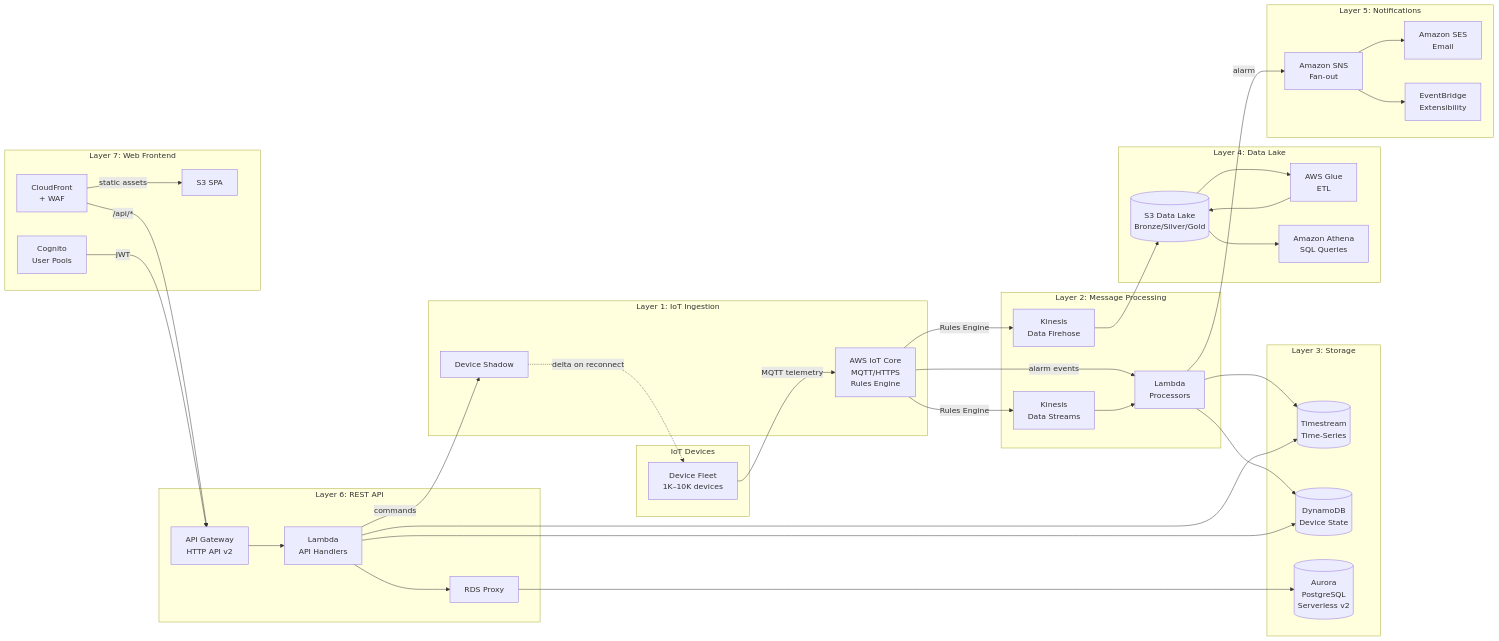
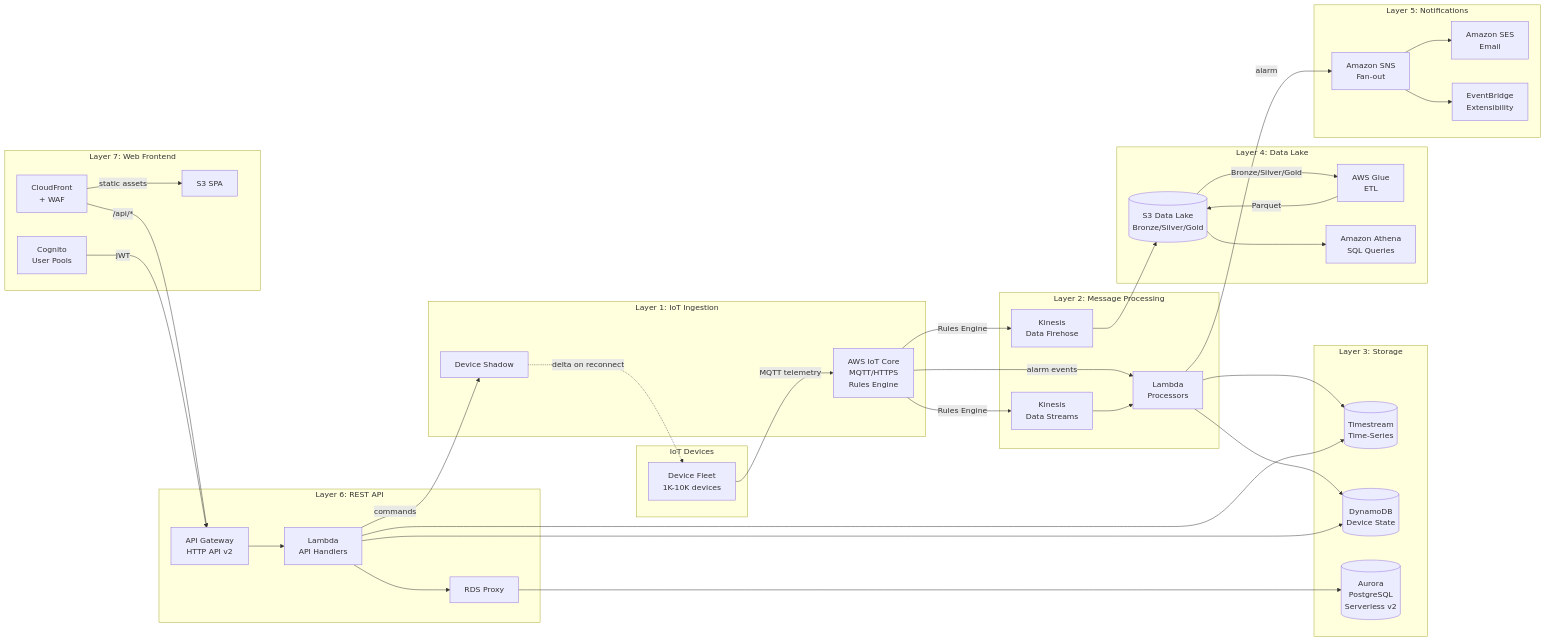
One commit to aldorea/ikerland-data changed the first of 4 diagrams in docs/architecture/10-overview-and-sequences.md. Above: the diagram before and after it, drawn with Mermaid. The commit also changed other lines of this file and 9 other files, not shown here.

First line of the commit message:
fix(docs): fix Mermaid rendering issues across all architecture diagrams

````diff
--- a/docs/architecture/10-overview-and-sequences.md
+++ b/docs/architecture/10-overview-and-sequences.md
@@ -9,70 +9,71 @@
 ```mermaid
 flowchart LR
     subgraph DEVICES["IoT Devices"]
-        DEV["Device Fleet\n1K–10K devices"]
+        DEV["Device Fleet\n1K-10K devices"]
     end
 
     subgraph INGESTION["Layer 1: IoT Ingestion"]
         IOT["AWS IoT Core\nMQTT/HTTPS\nRules Engine"]
         SHADOW["Device Shadow"]
     end
 
     subgraph PROCESSING["Layer 2: Message Processing"]
         KDS["Kinesis\nData Streams"]
         KDF["Kinesis\nData Firehose"]
         LAM_PROC["Lambda\nProcessors"]
     end
 
     subgraph STORAGE["Layer 3: Storage"]
         TS[("Timestream\nTime-Series")]
         DDB[("DynamoDB\nDevice State")]
         AUR[("Aurora\nPostgreSQL\nServerless v2")]
     end
 
     subgraph DATALAKE["Layer 4: Data Lake"]
         S3[("S3 Data Lake\nBronze/Silver/Gold")]
         GLUE["AWS Glue\nETL"]
         ATHENA["Amazon Athena\nSQL Queries"]
     end
 
     subgraph NOTIFICATIONS["Layer 5: Notifications"]
         SNS["Amazon SNS\nFan-out"]
         SES["Amazon SES\nEmail"]
         EB["EventBridge\nExtensibility"]
     end
 
     subgraph API["Layer 6: REST API"]
         APIGW["API Gateway\nHTTP API v2"]
         LAM_API["Lambda\nAPI Handlers"]
         PROXY["RDS Proxy"]
     end
 
     subgraph FRONTEND["Layer 7: Web Frontend"]
         CF["CloudFront\n+ WAF"]
         S3SPA["S3 SPA"]
         COG["Cognito\nUser Pools"]
     end
 
     DEV -->|"MQTT telemetry"| IOT
     IOT -->|"Rules Engine"| KDS
     IOT -->|"Rules Engine"| KDF
     IOT -->|"alarm events"| LAM_PROC
     KDS --> LAM_PROC
     LAM_PROC --> TS
     LAM_PROC --> DDB
     LAM_PROC -->|"alarm"| SNS
     SNS --> SES
     SNS --> EB
     KDF --> S3
-    S3 --> GLUE --> S3
+    S3 -->|"Bronze/Silver/Gold"| GLUE
+    GLUE -->|"Parquet"| S3
     S3 --> ATHENA
     CF -->|"static assets"| S3SPA
     CF -->|"/api/*"| APIGW
     COG -->|"JWT"| APIGW
     APIGW --> LAM_API
     LAM_API --> TS
     LAM_API --> DDB
     LAM_API --> PROXY --> AUR
     LAM_API -->|"commands"| SHADOW
     SHADOW -.->|"delta on reconnect"| DEV
 ```
````
